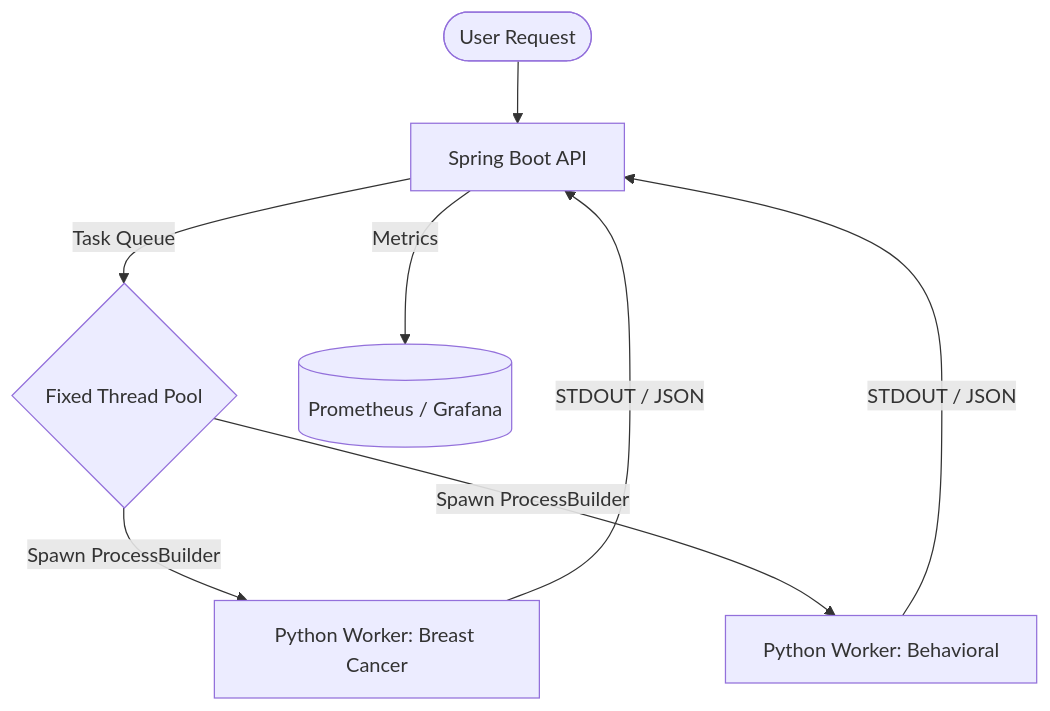
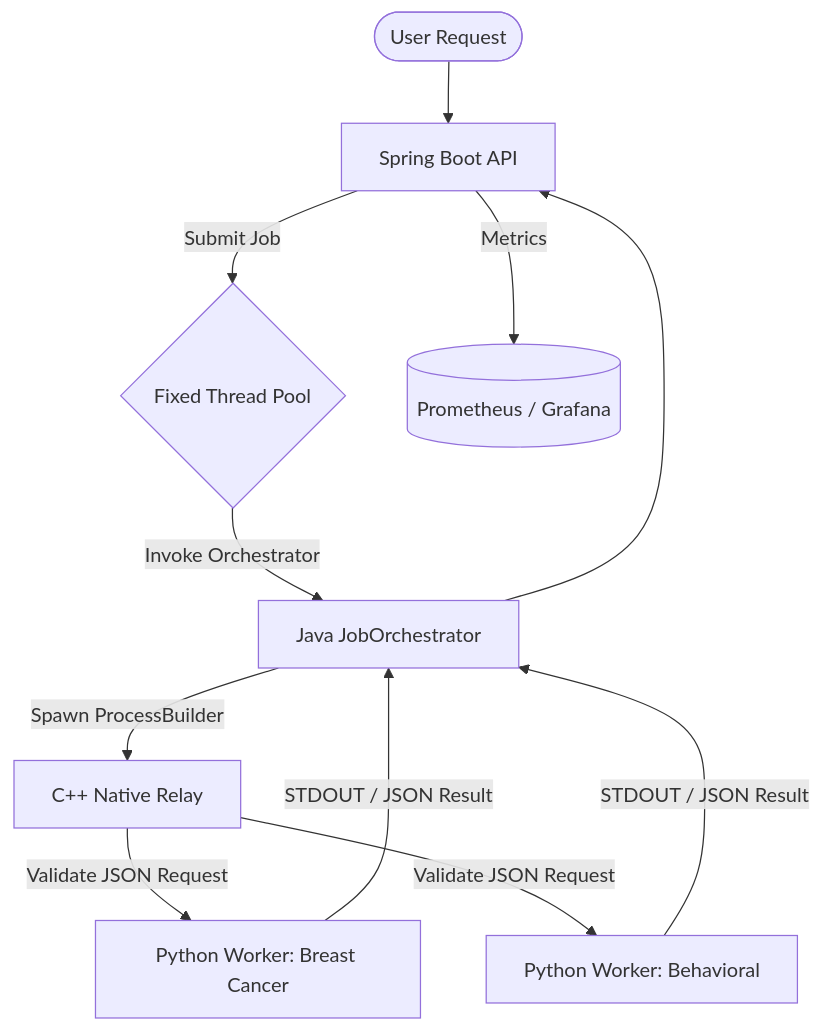
Before and after one commit to kkauy/HealthStream-Inference-Engine: the diagram in README.md, drawn with Mermaid. The commit also changed other lines of this file and 13 other files, not shown here.

Commit message:
add native C++ relay module with JSON validation and CMake build; update architecture documentation

````diff
--- a/README.md
+++ b/README.md
@@ -38,11 +41,22 @@
 ```mermaid
+
 graph TD
-    User([User Request]) --> API[Spring Boot API]
-    API -->|Task Queue| Dispatcher{Fixed Thread Pool}
-    Dispatcher -->|Spawn ProcessBuilder| W1[Python Worker: Breast Cancer]
-    Dispatcher -->|Spawn ProcessBuilder| W2[Python Worker: Behavioral]
-    W1 -->|STDOUT / JSON| API
-    W2 -->|STDOUT / JSON| API
-    API -->|Metrics| Prometheus[(Prometheus / Grafana)]
 
+User([User Request]) --> API[Spring Boot API]
+
+API -->|Submit Job| Dispatcher{Fixed Thread Pool}
+
+Dispatcher -->|Invoke Orchestrator| Orchestrator[Java JobOrchestrator]
+
+Orchestrator -->|Spawn ProcessBuilder| Relay[C++ Native Relay]
+
+Relay -->|Validate JSON Request| Worker1[Python Worker: Breast Cancer]
+Relay -->|Validate JSON Request| Worker2[Python Worker: Behavioral]
+
+Worker1 -->|STDOUT / JSON Result| Orchestrator
+Worker2 -->|STDOUT / JSON Result| Orchestrator
+
+Orchestrator --> API
+
+API -->|Metrics| Prometheus[(Prometheus / Grafana)]
 ```
````
